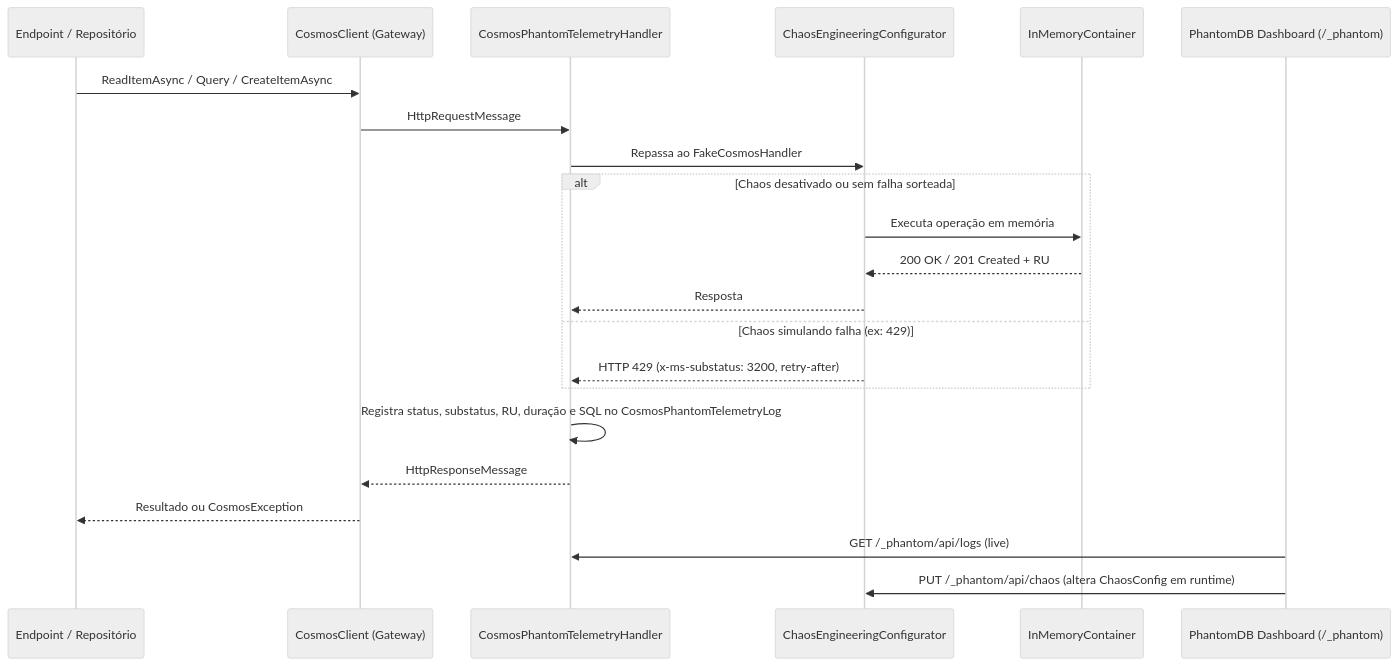
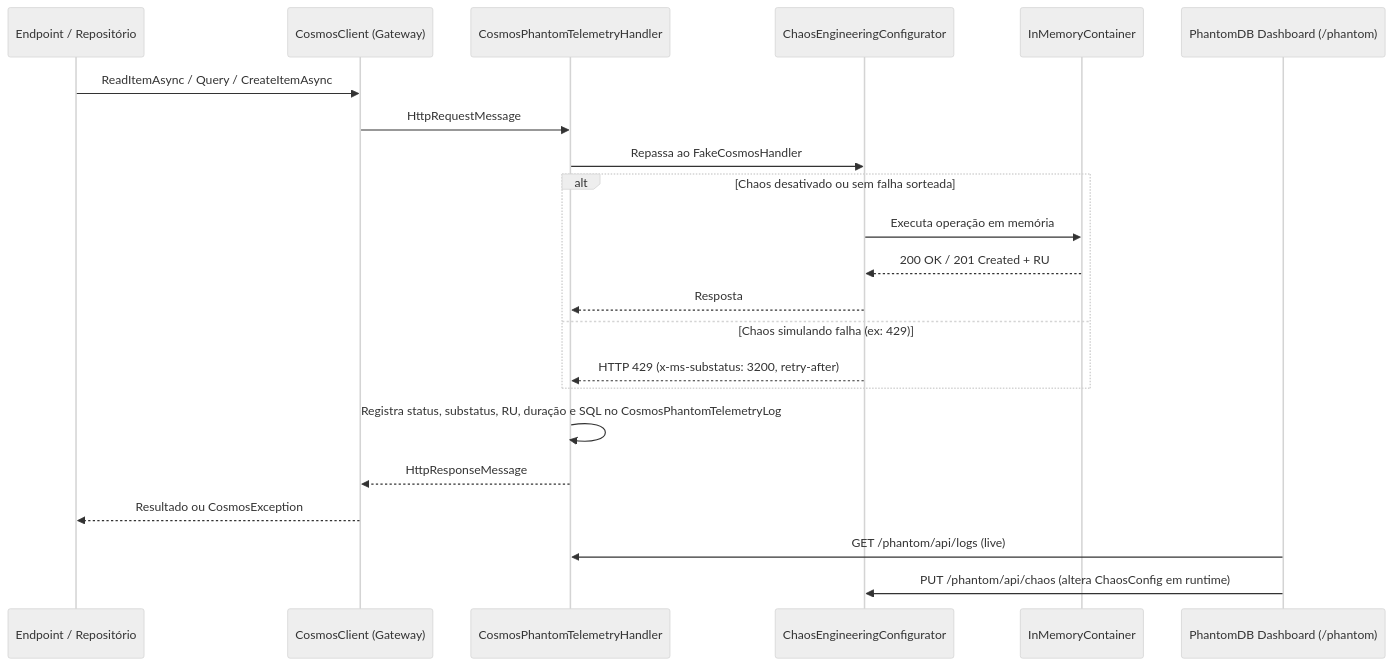
One commit to iamdiegoinacio/PhantomCosmosDB changed the third of 3 diagrams in Docs/Architecture.md. Above: the diagram before and after it, drawn with Mermaid (neutral theme). The commit also changed other lines of this file and 5 other files, not shown here.

Commit message:
chore(dashboard): change default route prefix from /_phantom to /phantom

````diff
--- a/Docs/Architecture.md
+++ b/Docs/Architecture.md
@@ -90,28 +90,28 @@
 ```mermaid
 sequenceDiagram
     participant Repo as Endpoint / Repositório
     participant SDK as CosmosClient (Gateway)
     participant Tel as CosmosPhantomTelemetryHandler
     participant Chaos as ChaosEngineeringConfigurator
     participant InMem as InMemoryContainer
-    participant UI as PhantomDB Dashboard (/_phantom)
+    participant UI as PhantomDB Dashboard (/phantom)
 
     Repo->>SDK: ReadItemAsync / Query / CreateItemAsync
     SDK->>Tel: HttpRequestMessage
     Tel->>Chaos: Repassa ao FakeCosmosHandler
 
     alt Chaos desativado ou sem falha sorteada
         Chaos->>InMem: Executa operação em memória
         InMem-->>Chaos: 200 OK / 201 Created + RU
         Chaos-->>Tel: Resposta
     else Chaos simulando falha (ex: 429)
         Chaos-->>Tel: HTTP 429 (x-ms-substatus: 3200, retry-after)
     end
 
     Tel->>Tel: Registra status, substatus, RU, duração e SQL no CosmosPhantomTelemetryLog
     Tel-->>SDK: HttpResponseMessage
     SDK-->>Repo: Resultado ou CosmosException
 
-    UI->>Tel: GET /_phantom/api/logs (live)
-    UI->>Chaos: PUT /_phantom/api/chaos (altera ChaosConfig em runtime)
+    UI->>Tel: GET /phantom/api/logs (live)
+    UI->>Chaos: PUT /phantom/api/chaos (altera ChaosConfig em runtime)
 ```
````
